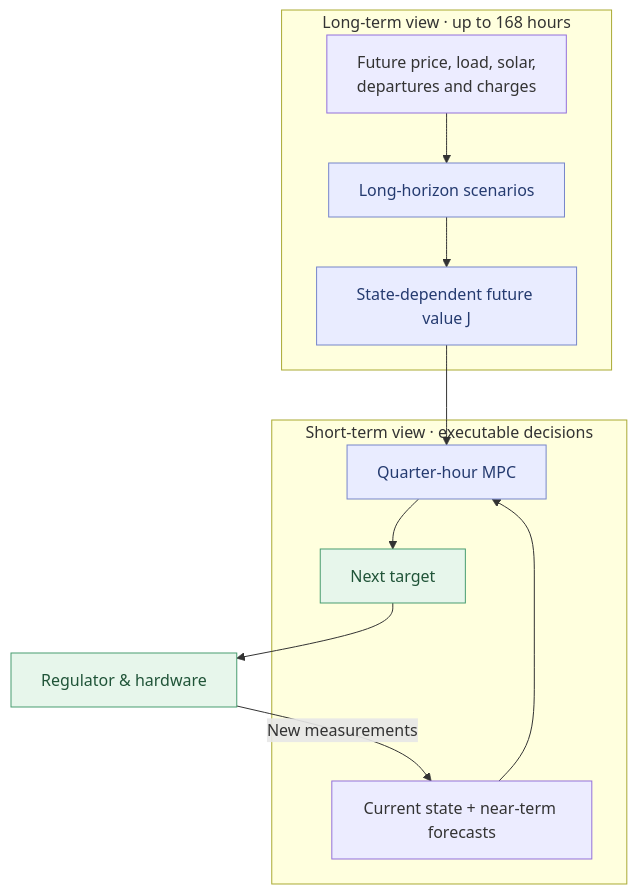
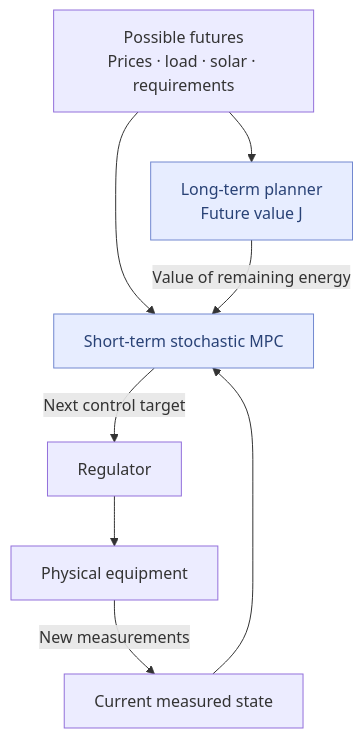
One commit to hugoenglund-wq/BEMS-public-preview changed the third of 4 diagrams in docs/architecture.md. Above: the diagram before and after it, drawn with Mermaid. The commit also changed other lines of this file, not shown here.

Commit message:
Condense architecture and expand economic forecast-loss discussion

````diff
--- a/docs/architecture.md
+++ b/docs/architecture.md
@@ -144,18 +95,12 @@
 ```mermaid
 flowchart TB
-    subgraph Future["Long-term view · up to 168 hours"]
-      Outcomes["Future price, load, solar,<br/>departures and charges"] --> Solve["Long-horizon scenarios"]
-      Solve --> J["State-dependent future value J"]
-    end
-    subgraph Immediate["Short-term view · executable decisions"]
-      Live["Current state + near-term forecasts"] --> MPC["Quarter-hour MPC"]
-      J --> MPC
-      MPC --> Target["Next target"]
-    end
-    Target --> Control["Regulator & hardware"]
-    Control -->|"New measurements"| Live
-    classDef future fill:#e9ecff,stroke:#7786ca,color:#253b70
-    classDef now fill:#e7f6eb,stroke:#489d70,color:#205438
-    class Solve,J,MPC future
-    class Target,Control now
+    Future["Possible futures<br/>Prices · load · solar · requirements"] --> Long["Long-term planner<br/>Future value J"]
+    Future --> MPC["Short-term stochastic MPC"]
+    Long -->|"Value of remaining energy"| MPC
+    State["Current measured state"] --> MPC
+    MPC -->|"Next control target"| Reg["Regulator"]
+    Reg --> Hardware["Physical equipment"]
+    Hardware -->|"New measurements"| State
+    classDef plan fill:#e7edff,stroke:#7288d0,color:#294276
+    class Long,MPC plan
 ```
````
